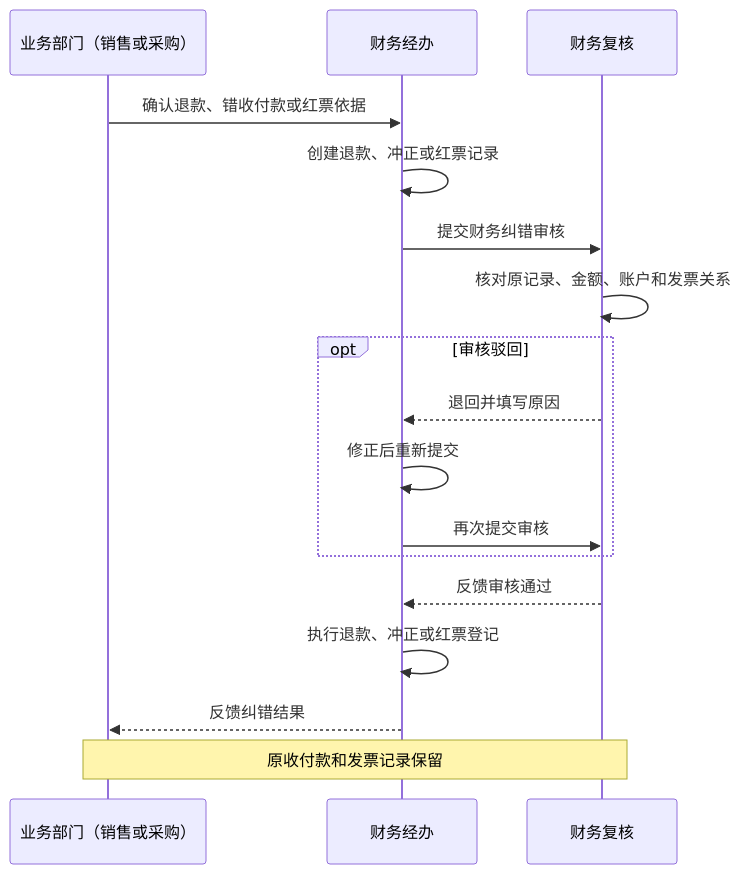
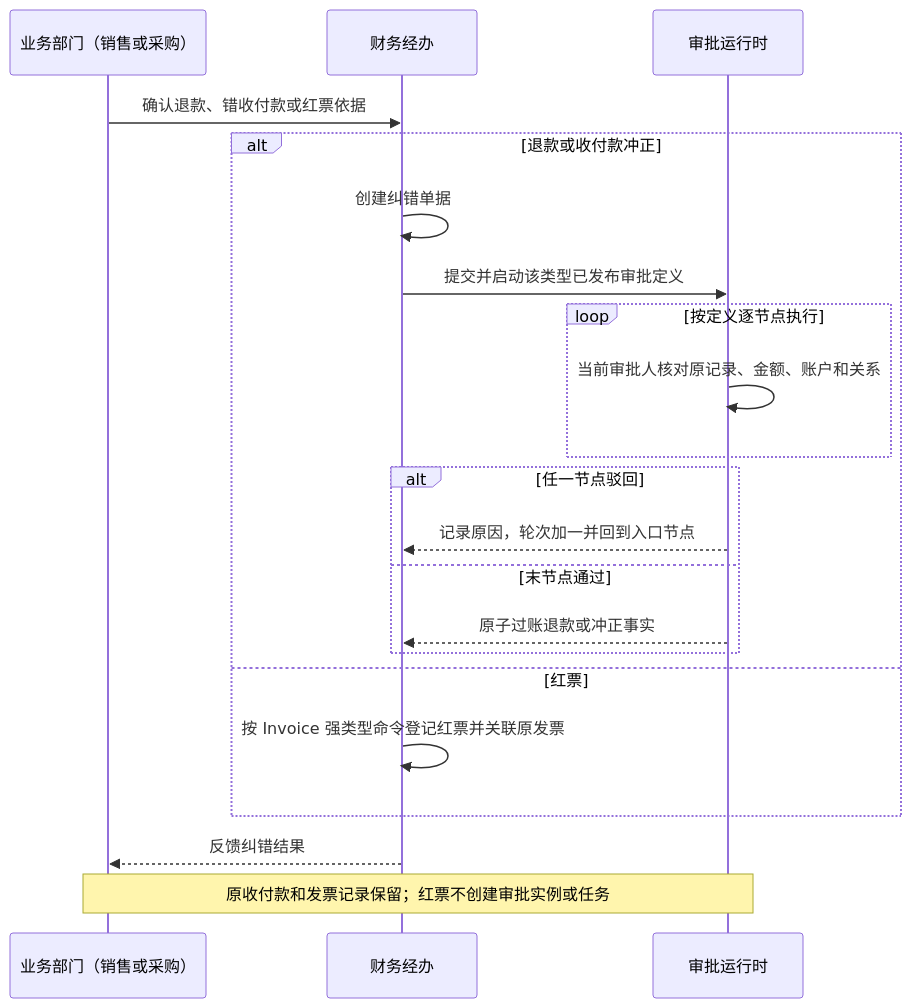
Before and after one commit to mztlive/erp: the fifth of 11 diagrams in docs/erp-phase-1.md, drawn with Mermaid. The commit also changed other lines of this file and 48 other files, not shown here.

````diff
--- a/docs/erp-phase-1.md
+++ b/docs/erp-phase-1.md
@@ -532,20 +541,24 @@
 ```mermaid
 sequenceDiagram
   participant 业务部门 as 业务部门（销售或采购）
   participant 财务经办
-  participant 财务复核
+  participant 审批运行时
 
   业务部门->>财务经办: 确认退款、错收付款或红票依据
-  财务经办->>财务经办: 创建退款、冲正或红票记录
-  财务经办->>财务复核: 提交财务纠错审核
-  财务复核->>财务复核: 核对原记录、金额、账户和发票关系
-  opt 审核驳回
-    财务复核-->>财务经办: 退回并填写原因
-    财务经办->>财务经办: 修正后重新提交
-    财务经办->>财务复核: 再次提交审核
+  alt 退款或收付款冲正
+    财务经办->>财务经办: 创建纠错单据
+    财务经办->>审批运行时: 提交并启动该类型已发布审批定义
+    loop 按定义逐节点执行
+      审批运行时->>审批运行时: 当前审批人核对原记录、金额、账户和关系
+    end
+    alt 任一节点驳回
+      审批运行时-->>财务经办: 记录原因，轮次加一并回到入口节点
+    else 末节点通过
+      审批运行时-->>财务经办: 原子过账退款或冲正事实
+    end
+  else 红票
+    财务经办->>财务经办: 按 Invoice 强类型命令登记红票并关联原发票
   end
-  财务复核-->>财务经办: 反馈审核通过
-  财务经办->>财务经办: 执行退款、冲正或红票登记
   财务经办-->>业务部门: 反馈纠错结果
-  Note over 业务部门,财务复核: 原收付款和发票记录保留
+  Note over 业务部门,审批运行时: 原收付款和发票记录保留；红票不创建审批实例或任务
 ```
````
